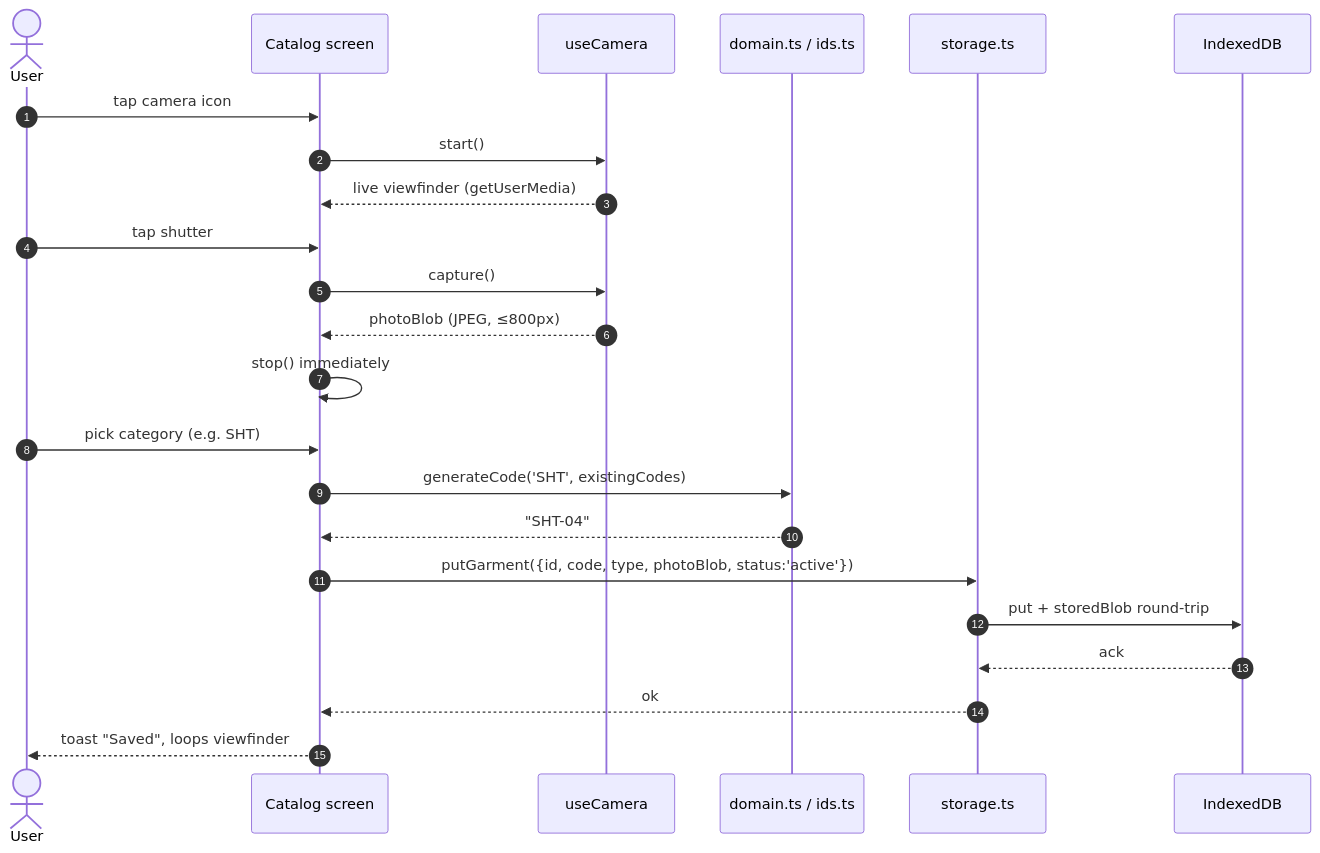
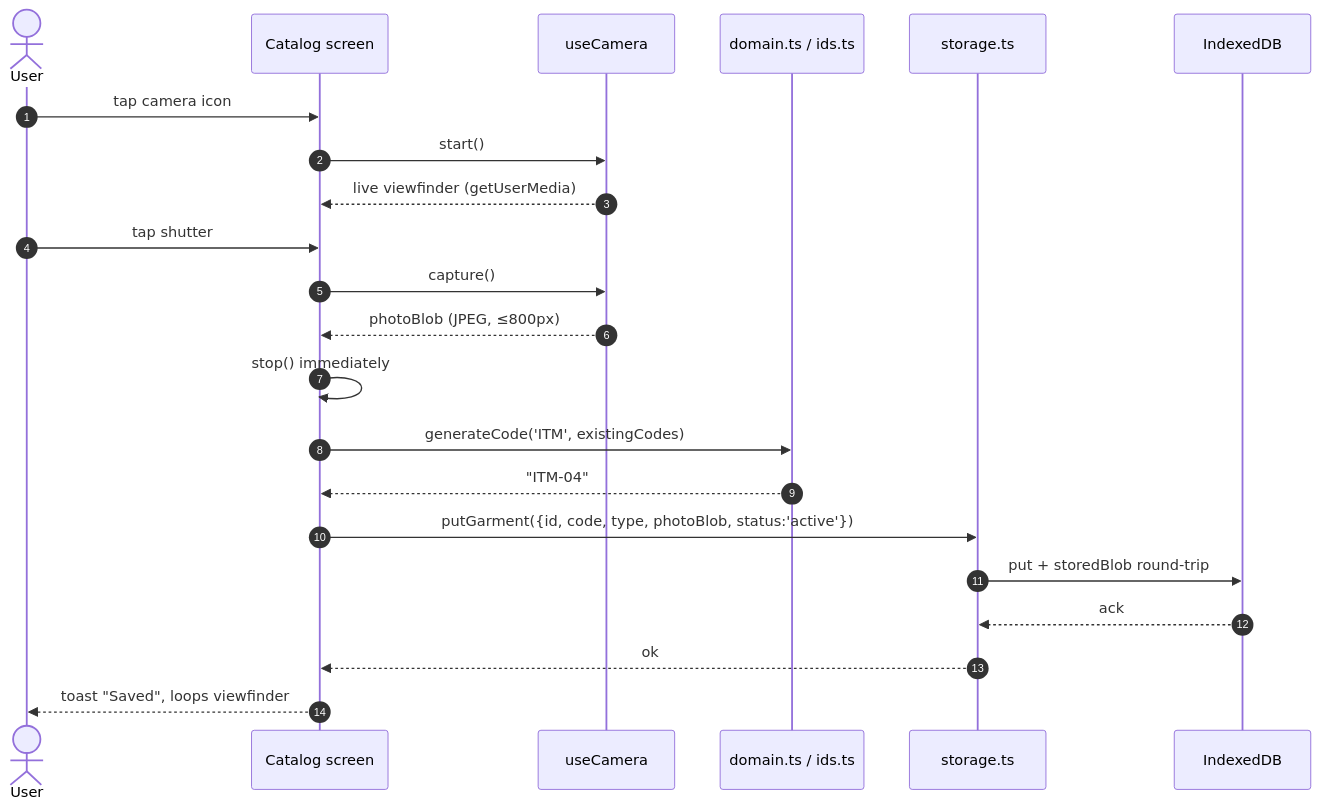
The sixth of 12 diagrams in docs/TECHNICAL_DESIGN.md (GitPhantom700/laundristic-p1), drawn with Mermaid before and after one commit. The commit also changed 6 other files, not shown here.

````diff
--- a/docs/TECHNICAL_DESIGN.md
+++ b/docs/TECHNICAL_DESIGN.md
@@ -204,26 +204,25 @@
 ```mermaid
 sequenceDiagram
     autonumber
     actor U as User
     participant Cat as Catalog screen
     participant Cam as useCamera
     participant Lib as domain.ts / ids.ts
     participant Sto as storage.ts
     participant IDB as IndexedDB
 
     U->>Cat: tap camera icon
     Cat->>Cam: start()
     Cam-->>Cat: live viewfinder (getUserMedia)
     U->>Cat: tap shutter
     Cat->>Cam: capture()
     Cam-->>Cat: photoBlob (JPEG, ≤800px)
     Cat->>Cat: stop() immediately
-    U->>Cat: pick category (e.g. SHT)
-    Cat->>Lib: generateCode('SHT', existingCodes)
-    Lib-->>Cat: "SHT-04"
+    Cat->>Lib: generateCode('ITM', existingCodes)
+    Lib-->>Cat: "ITM-04"
     Cat->>Sto: putGarment({id, code, type, photoBlob, status:'active'})
     Sto->>IDB: put + storedBlob round-trip
     IDB-->>Sto: ack
     Sto-->>Cat: ok
     Cat-->>U: toast "Saved", loops viewfinder
 ```
````
